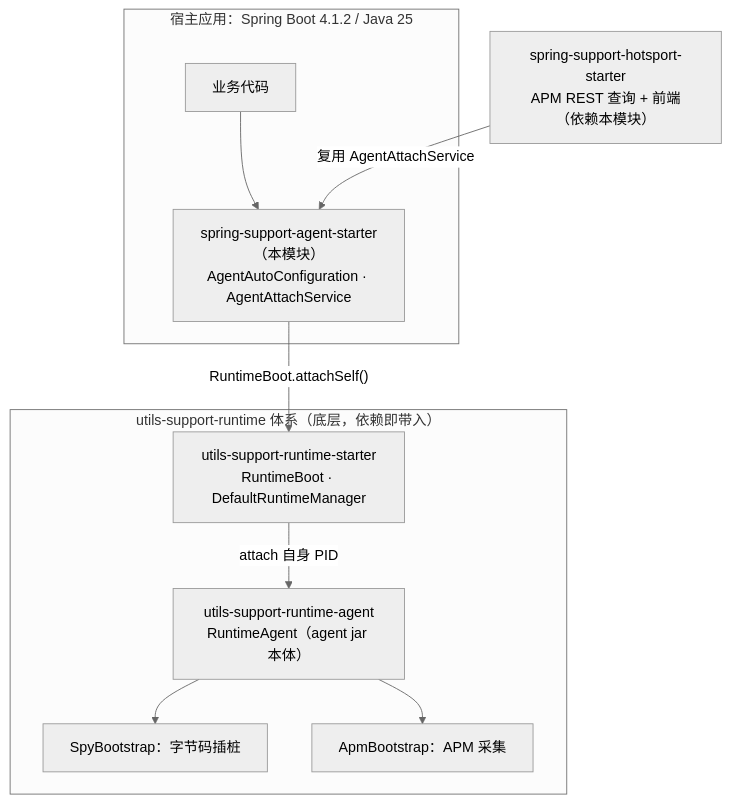
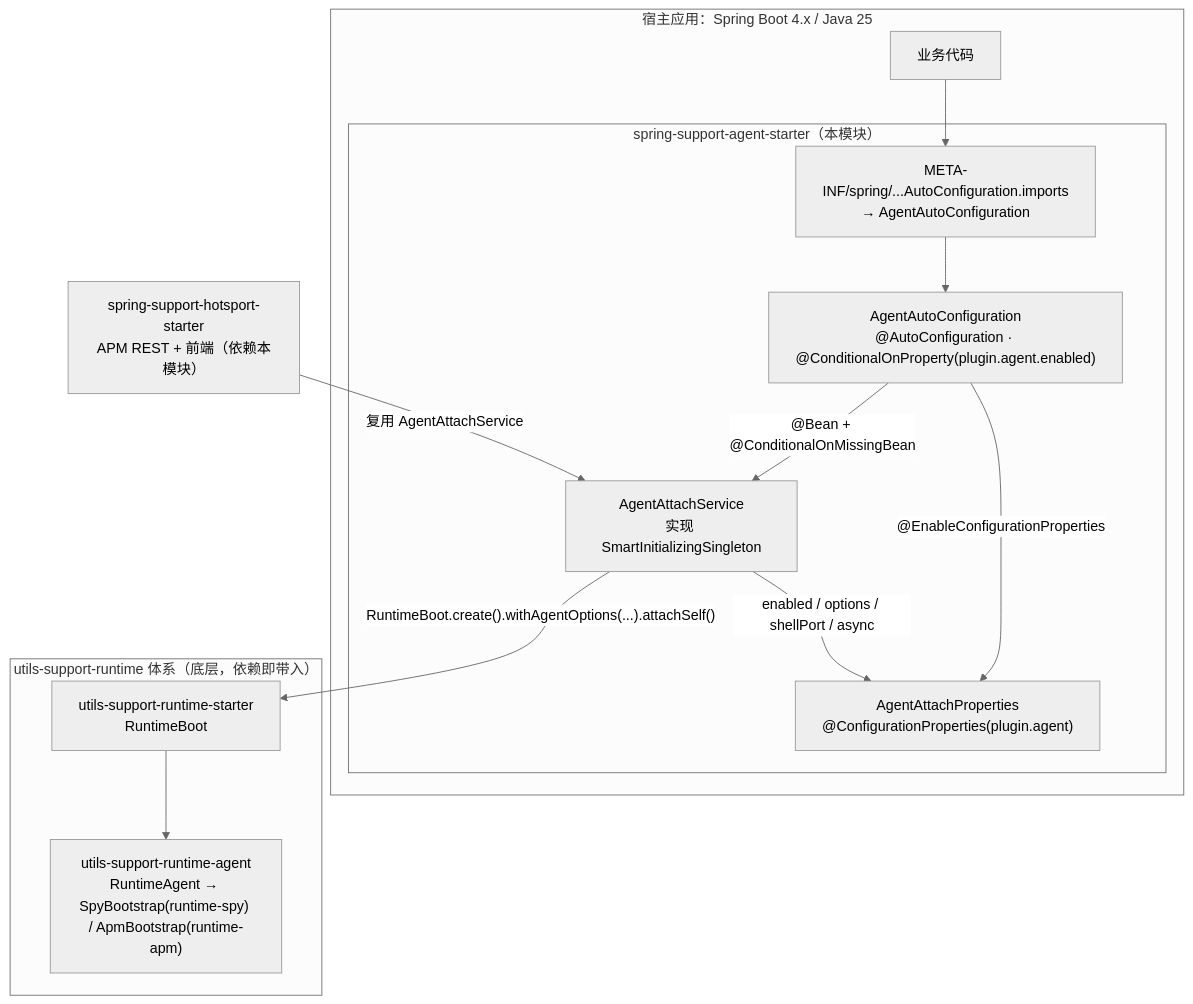
One commit to CHTK001/spring-support-parent-starter changed the first of 2 diagrams in spring-support-agent-starter/README.md. Above: the diagram before and after it, drawn with Mermaid (neutral theme). The commit also changed other lines of this file and 54 other files, not shown here.

````diff
--- a/spring-support-agent-starter/README.md
+++ b/spring-support-agent-starter/README.md
@@ -18,21 +11,25 @@
 ```mermaid
 flowchart TB
-    subgraph HOST["宿主应用：Spring Boot 4.1.2 / Java 25"]
+    subgraph HOST["宿主应用：Spring Boot 4.x / Java 25"]
         APP["业务代码"]
-        AG["spring-support-agent-starter（本模块）<br/>AgentAutoConfiguration · AgentAttachService"]
+        subgraph MOD["spring-support-agent-starter（本模块）"]
+            IMP["META-INF/spring/...AutoConfiguration.imports<br/>→ AgentAutoConfiguration"]
+            AC["AgentAutoConfiguration<br/>@AutoConfiguration · @ConditionalOnProperty(plugin.agent.enabled)"]
+            PR["AgentAttachProperties<br/>@ConfigurationProperties(plugin.agent)"]
+            AS["AgentAttachService<br/>实现 SmartInitializingSingleton"]
+            IMP --> AC
+            AC -->|"@Bean + @ConditionalOnMissingBean"| AS
+            AC -->|"@EnableConfigurationProperties"| PR
+            AS -->|"enabled / options / shellPort / async"| PR
+        end
+        APP --> IMP
     end
     subgraph RT["utils-support-runtime 体系（底层，依赖即带入）"]
-        RS["utils-support-runtime-starter<br/>RuntimeBoot · DefaultRuntimeManager"]
-        RJ["utils-support-runtime-agent<br/>RuntimeAgent（agent jar 本体）"]
-        SPY["SpyBootstrap：字节码插桩"]
-        APM["ApmBootstrap：APM 采集"]
+        RS["utils-support-runtime-starter<br/>RuntimeBoot"]
+        RJ["utils-support-runtime-agent<br/>RuntimeAgent → SpyBootstrap(runtime-spy) / ApmBootstrap(runtime-apm)"]
+        RS --> RJ
     end
-    HOT["spring-support-hotsport-starter<br/>APM REST 查询 + 前端（依赖本模块）"]
-
-    APP --> AG
-    AG -->|"RuntimeBoot.attachSelf()"| RS
-    RS -->|"attach 自身 PID"| RJ
-    RJ --> SPY
-    RJ --> APM
-    HOT -->|"复用 AgentAttachService"| AG
+    HOT["spring-support-hotsport-starter<br/>APM REST + 前端（依赖本模块）"]
+    AS -->|"RuntimeBoot.create().withAgentOptions(...).attachSelf()"| RS
+    HOT -->|"复用 AgentAttachService"| AS
 ```
````
